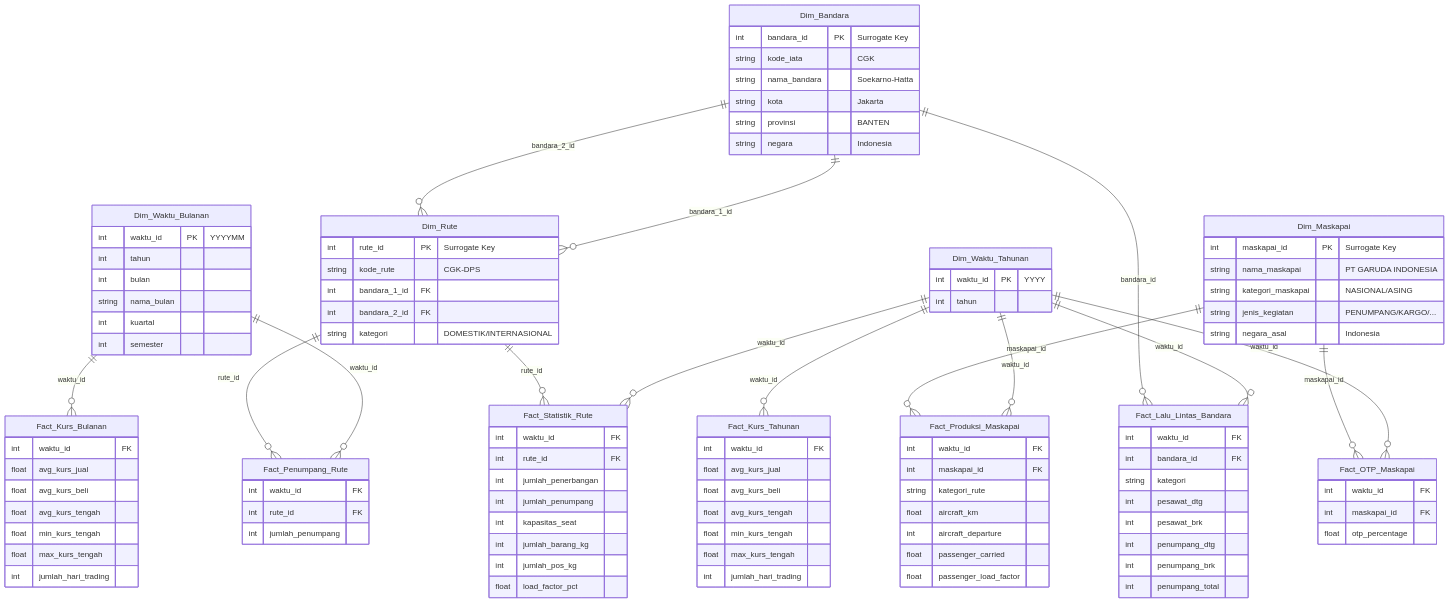
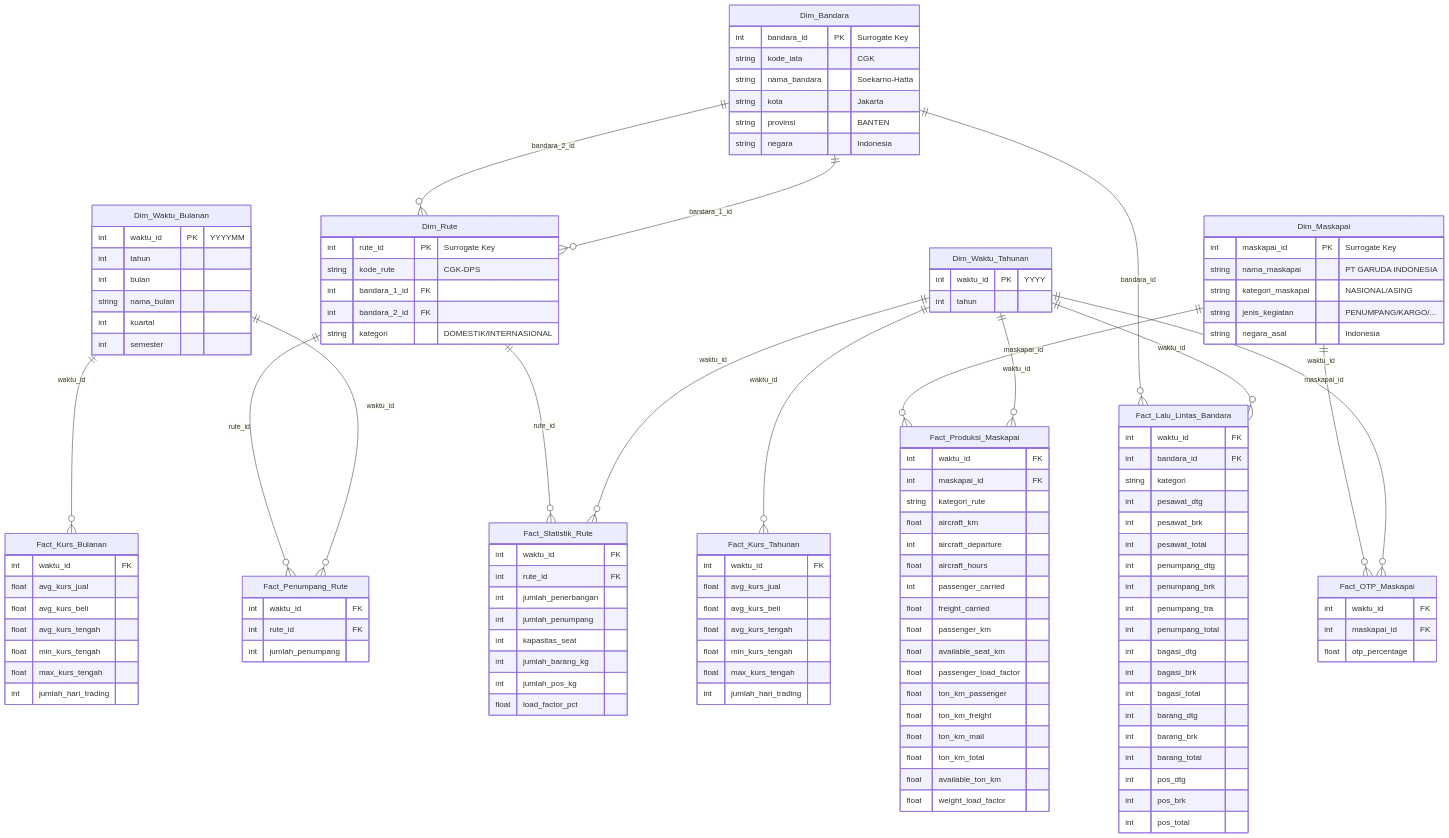
The second of 2 diagrams in implementation_plan.md (haldriansunata/Data-Warehouse-Korelasi-Nilai-Rupiah-Terhadap-Angkutan-Udara-Indonesia-2020-2024-), drawn with Mermaid before and after one commit. The commit also changed other lines of this file, not shown here.

```diff
--- a/implementation_plan.md
+++ b/implementation_plan.md
@@ -190,9 +190,20 @@
         string kategori
         int pesawat_dtg
         int pesawat_brk
+        int pesawat_total
         int penumpang_dtg
         int penumpang_brk
+        int penumpang_tra
         int penumpang_total
+        int bagasi_dtg
+        int bagasi_brk
+        int bagasi_total
+        int barang_dtg
+        int barang_brk
+        int barang_total
+        int pos_dtg
+        int pos_brk
+        int pos_total
     }
     Fact_Produksi_Maskapai {
         int waktu_id FK
@@ -200,8 +211,18 @@
         string kategori_rute
         float aircraft_km
         int aircraft_departure
-        float passenger_carried
+        float aircraft_hours
+        int passenger_carried
+        float freight_carried
+        float passenger_km
+        float available_seat_km
         float passenger_load_factor
+        float ton_km_passenger
+        float ton_km_freight
+        float ton_km_mail
+        float ton_km_total
+        float available_ton_km
+        float weight_load_factor
     }
     Fact_OTP_Maskapai {
         int waktu_id FK
```
